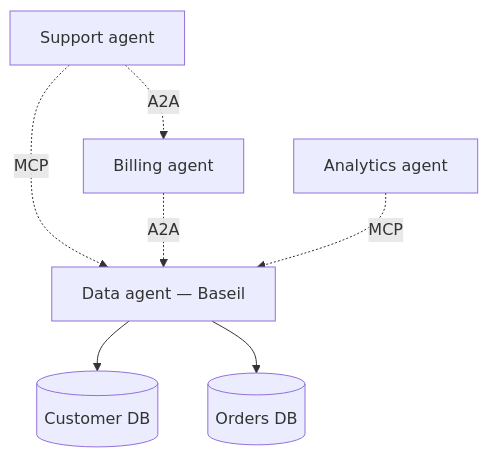
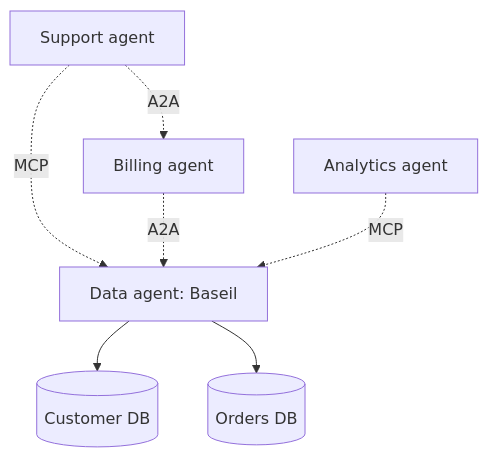
Before and after one commit to ajayrenganathan/baseil-ai-website: the diagram in content/blog/building-agentic-data-layer-mcp-a2a.md, drawn with Mermaid. The commit also changed other lines of this file and 11 other files, not shown here.

````diff
--- a/content/blog/building-agentic-data-layer-mcp-a2a.md
+++ b/content/blog/building-agentic-data-layer-mcp-a2a.md
@@ -39,15 +39,15 @@
 ```mermaid
 flowchart TB
   Support[Support agent]
   Billing[Billing agent]
-  Data[Data agent — Baseil]
+  Data[Data agent: Baseil]
   Analytics[Analytics agent]
   DB1[(Customer DB)]
   DB2[(Orders DB)]
   Data --> DB1
   Data --> DB2
   Support -.->|MCP| Data
   Billing -.->|A2A| Data
   Analytics -.->|MCP| Data
   Support -.->|A2A| Billing
 ```
````
